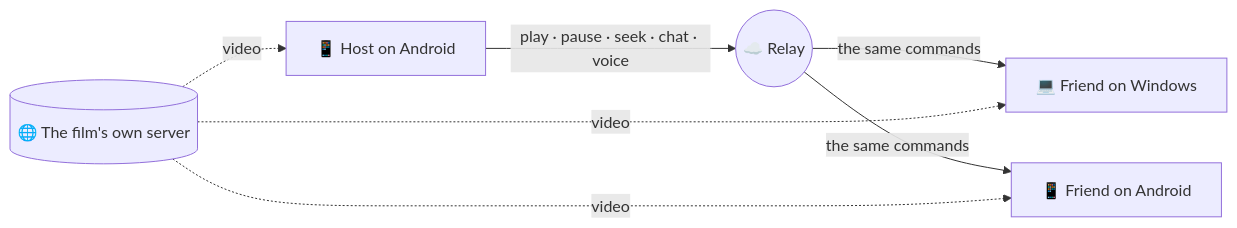
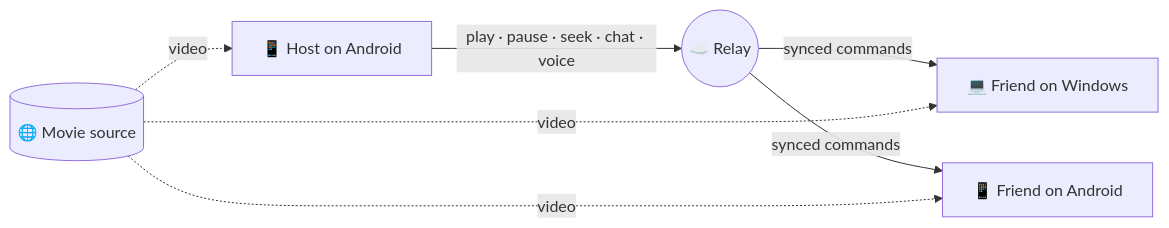
Before and after one commit to Pytholearn/UsPlayer-Android: the diagram in README.md, drawn with Mermaid. The commit also changed other lines of this file and 3 other files, not shown here.

First line of the commit message:
README: the Windows layout, translations in docs/, and Android 1.0.12

````diff
--- a/README.md
+++ b/README.md
@@ -131,10 +219,10 @@
 ```mermaid
 flowchart LR
     H["📱 Host on Android"] -->|"play · pause · seek · chat · voice"| R(("☁️ Relay"))
-    R -->|"the same commands"| F1["💻 Friend on Windows"]
-    R -->|"the same commands"| F2["📱 Friend on Android"]
-    S[("🌐 The film's own server")]
+    R -->|"synced commands"| F1["💻 Friend on Windows"]
+    R -->|"synced commands"| F2["📱 Friend on Android"]
+    S[("🌐 Movie source")]
     S -.->|"video"| H
     S -.->|"video"| F1
     S -.->|"video"| F2
 ```
````
